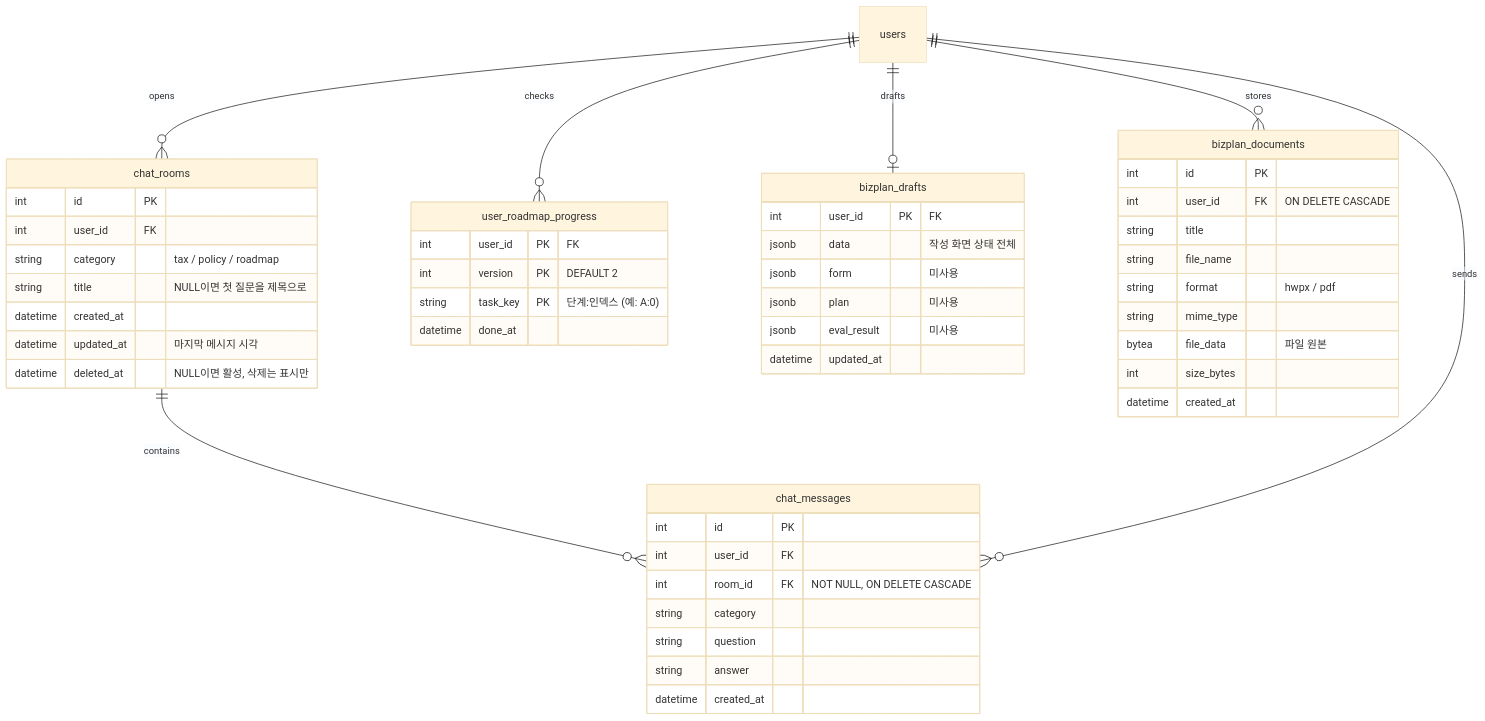
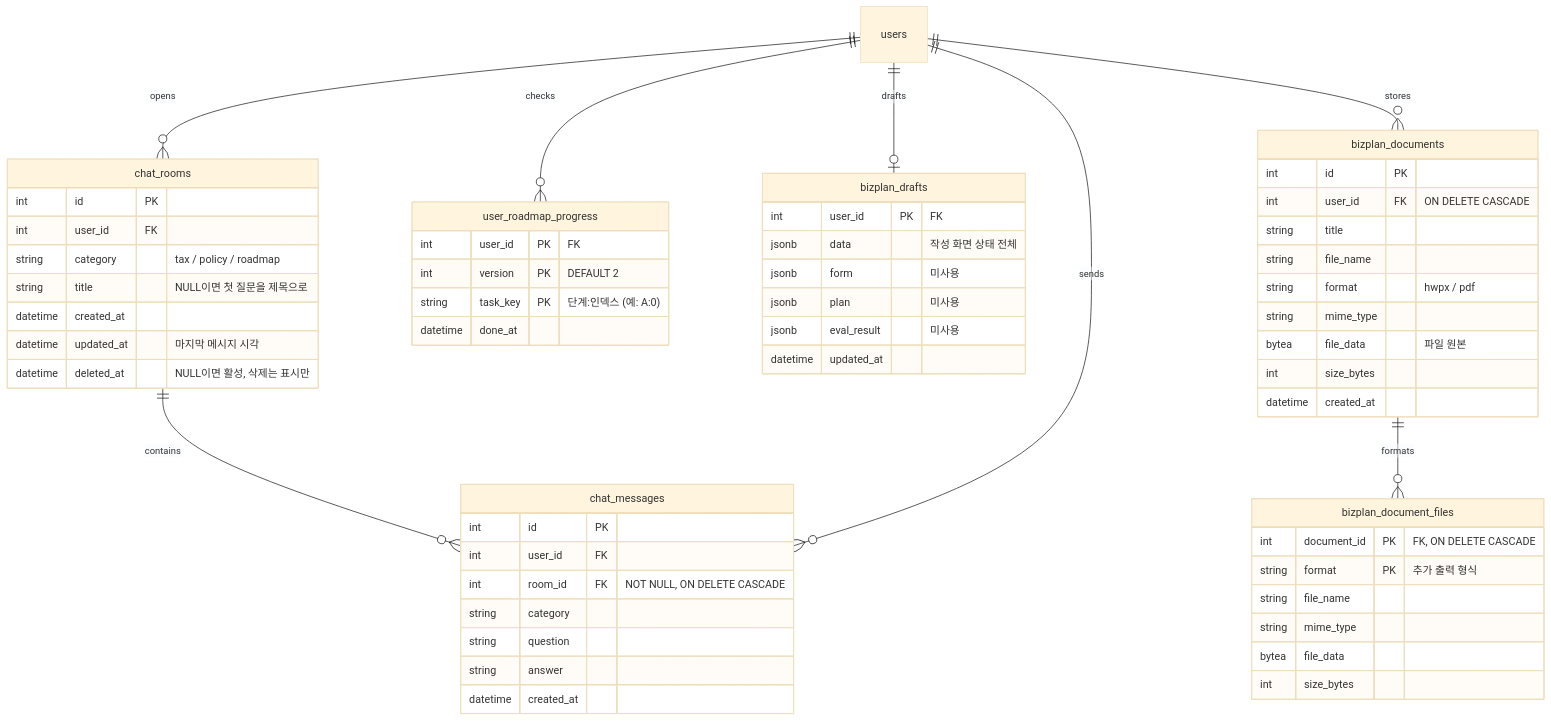
Before and after one commit to SKNETWORKS-FAMILY-AICAMP/SKN34-4th-3Team: the second of 2 diagrams in Docs/Design/ERD.md, drawn with Mermaid (base theme). The commit also changed other lines of this file and 14 other files, not shown here.

````diff
--- a/Docs/Design/ERD.md
+++ b/Docs/Design/ERD.md
@@ -294,57 +294,67 @@
 ```mermaid
 erDiagram
     users ||--o{ chat_rooms : opens
     chat_rooms ||--o{ chat_messages : contains
     users ||--o{ chat_messages : sends
     users ||--o{ user_roadmap_progress : checks
     users ||--o| bizplan_drafts : drafts
     users ||--o{ bizplan_documents : stores
+    bizplan_documents ||--o{ bizplan_document_files : formats
 
     chat_rooms {
         int id PK
         int user_id FK
         string category "tax / policy / roadmap"
         string title "NULL이면 첫 질문을 제목으로"
         datetime created_at
         datetime updated_at "마지막 메시지 시각"
         datetime deleted_at "NULL이면 활성, 삭제는 표시만"
     }
 
     chat_messages {
         int id PK
         int user_id FK
         int room_id FK "NOT NULL, ON DELETE CASCADE"
         string category
         string question
         string answer
         datetime created_at
     }
 
     user_roadmap_progress {
         int user_id PK "FK"
         int version PK "DEFAULT 2"
         string task_key PK "단계:인덱스 (예: A:0)"
         datetime done_at
     }
 
     bizplan_drafts {
         int user_id PK "FK"
         jsonb data "작성 화면 상태 전체"
         jsonb form "미사용"
         jsonb plan "미사용"
         jsonb eval_result "미사용"
         datetime updated_at
     }
 
     bizplan_documents {
         int id PK
         int user_id FK "ON DELETE CASCADE"
         string title
         string file_name
         string format "hwpx / pdf"
         string mime_type
         bytea file_data "파일 원본"
         int size_bytes
         datetime created_at
     }
+
+    bizplan_document_files {
+        int document_id PK "FK, ON DELETE CASCADE"
+        string format PK "추가 출력 형식"
+        string file_name
+        string mime_type
+        bytea file_data
+        int size_bytes
+    }
 ```
````
